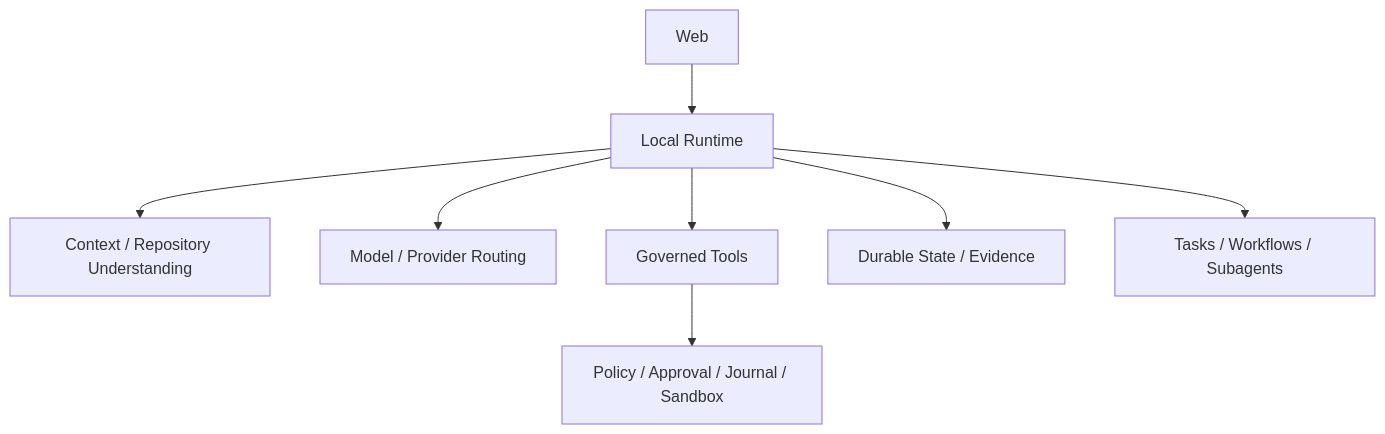
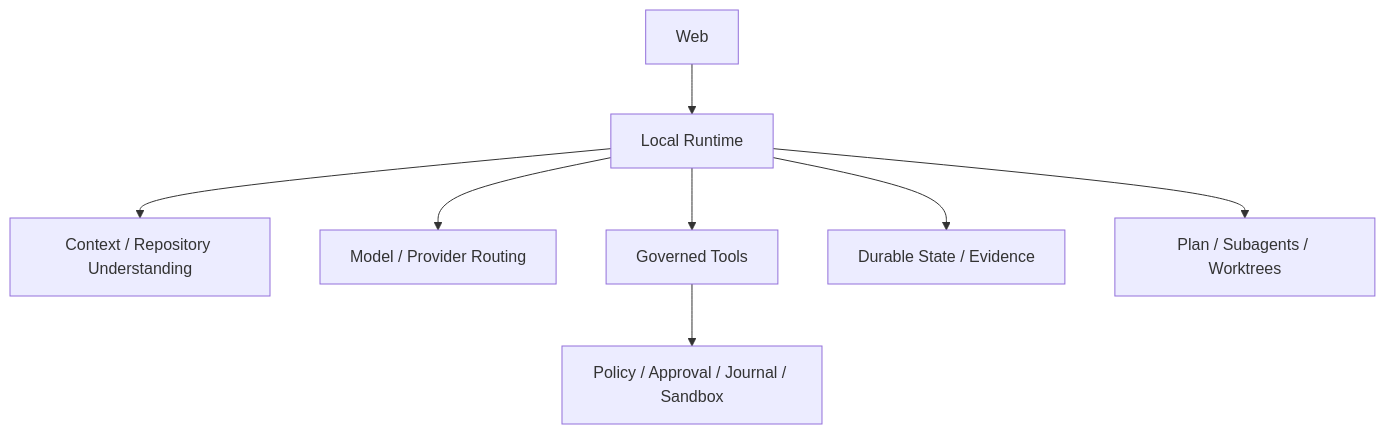
One commit to fwtllh-png/CodeHelper changed the diagram in docs/book/zh-CN/02-codehelper-overview/01-positioning-and-non-goals.md. Above: the diagram before and after it, drawn with Mermaid. The commit also changed other lines of this file and 381 other files, not shown here.

````diff
--- a/docs/book/zh-CN/02-codehelper-overview/01-positioning-and-non-goals.md
+++ b/docs/book/zh-CN/02-codehelper-overview/01-positioning-and-non-goals.md
@@ -96,10 +96,10 @@
 ```mermaid
 flowchart TB
     H[Web] --> R[Local Runtime]
     R --> C[Context / Repository Understanding]
     R --> M[Model / Provider Routing]
     R --> T[Governed Tools]
     R --> D[Durable State / Evidence]
-    R --> O[Tasks / Workflows / Subagents]
+    R --> O[Plan / Subagents / Worktrees]
     T --> S[Policy / Approval / Journal / Sandbox]
 ```
````
